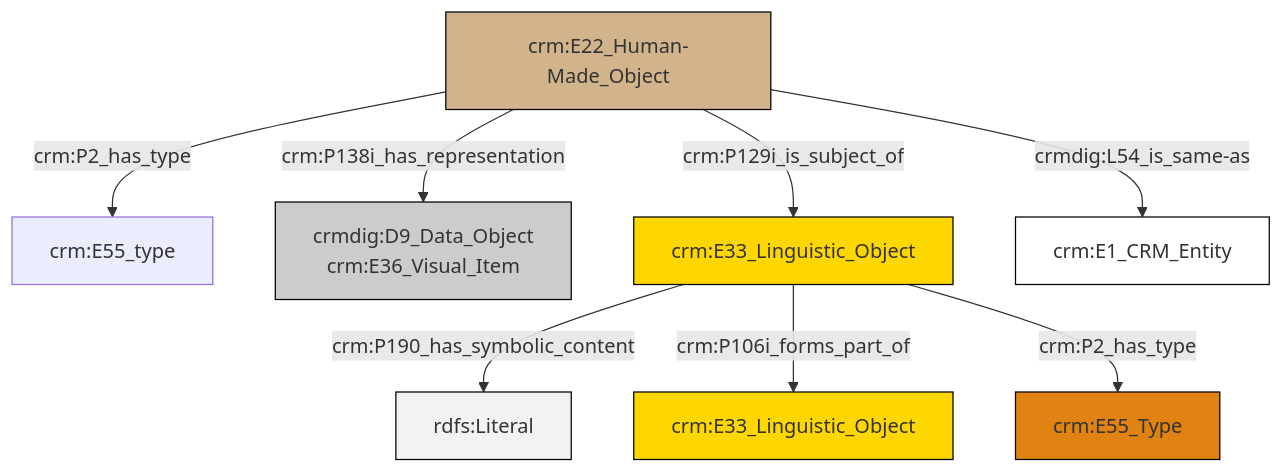
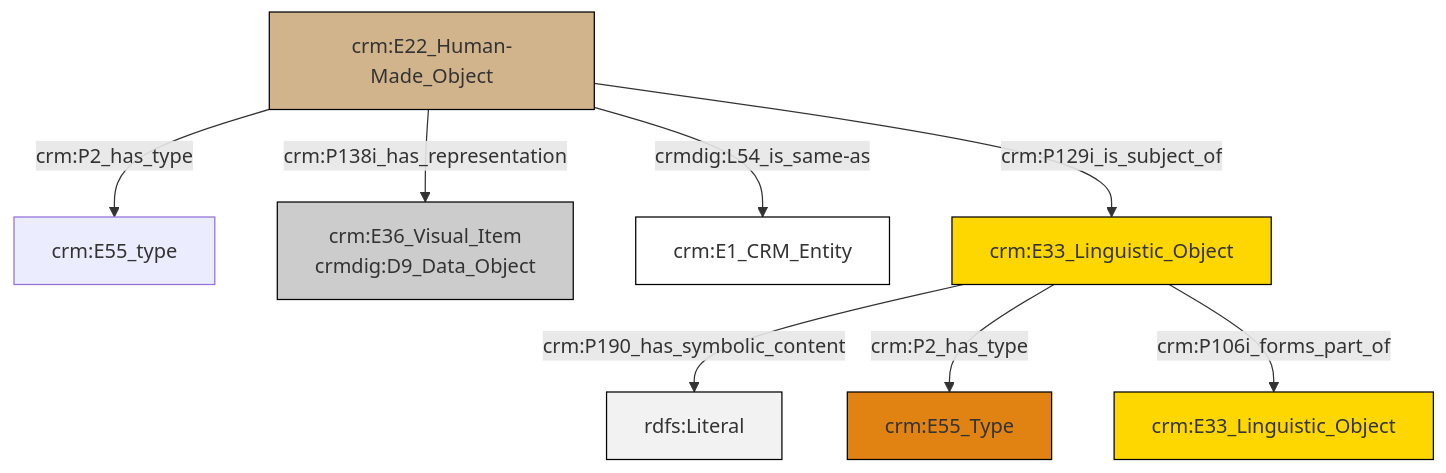
One commit to swiss-art-research-net/docs.swissartresearch changed the diagram in et/artworkCSV/ttl/mmd/Artwork_Documentation.ttl.mmd. Above: the diagram before and after it, drawn with Mermaid. The commit also changed 179 other files, not shown here.

```diff
--- a/et/artworkCSV/ttl/mmd/Artwork_Documentation.ttl.mmd
+++ b/et/artworkCSV/ttl/mmd/Artwork_Documentation.ttl.mmd
@@ -1,22 +1,22 @@
 graph TD
 classDef Literal fill:#f2f2f2,stroke:#000000;
 classDef CRM_Entity fill:#FFFFFF,stroke:#000000;
 classDef Temporal_Entity fill:#00C9E6, stroke:#000000;
 classDef Type fill:#E18312, stroke:#000000;
 classDef Time-Span fill:#2C9C91, stroke:#000000;
 classDef Appellation fill:#FFEB7F, stroke:#000000;
 classDef Place fill:#008836, stroke:#000000;
 classDef Persistent_Item fill:#B266B2, stroke:#000000;
 classDef Conceptual_Object fill:#FFD700, stroke:#000000;
 classDef Physical_Thing fill:#D2B48C, stroke:#000000;
 classDef Actor fill:#f58aad, stroke:#000000;
 classDef PC_Classes fill:#4ce600, stroke:#000000;
 classDef Multi fill:#cccccc,stroke:#000000;
 
 0["crm:E22_Human-Made_Object"]:::Physical_Thing -->|crm:P2_has_type| 1["crm:E55_type"]:::Default
-0["crm:E22_Human-Made_Object"]:::Physical_Thing -->|crm:P138i_has_representation| 2["crmdig:D9_Data_Object<br>crm:E36_Visual_Item"]:::Multi
-3["crm:E33_Linguistic_Object"]:::Conceptual_Object -->|crm:P190_has_symbolic_content| 4[rdfs:Literal]:::Literal
-3["crm:E33_Linguistic_Object"]:::Conceptual_Object -->|crm:P106i_forms_part_of| 5["crm:E33_Linguistic_Object"]:::Conceptual_Object
-0["crm:E22_Human-Made_Object"]:::Physical_Thing -->|crm:P129i_is_subject_of| 3["crm:E33_Linguistic_Object"]:::Conceptual_Object
-3["crm:E33_Linguistic_Object"]:::Conceptual_Object -->|crm:P2_has_type| 13["crm:E55_Type"]:::Type
-0["crm:E22_Human-Made_Object"]:::Physical_Thing -->|crmdig:L54_is_same-as| 8["crm:E1_CRM_Entity"]:::CRM_Entity
+0["crm:E22_Human-Made_Object"]:::Physical_Thing -->|crm:P138i_has_representation| 2["crm:E36_Visual_Item<br>crmdig:D9_Data_Object"]:::Multi
+0["crm:E22_Human-Made_Object"]:::Physical_Thing -->|crmdig:L54_is_same-as| 4["crm:E1_CRM_Entity"]:::CRM_Entity
+7["crm:E33_Linguistic_Object"]:::Conceptual_Object -->|crm:P190_has_symbolic_content| 12[rdfs:Literal]:::Literal
+7["crm:E33_Linguistic_Object"]:::Conceptual_Object -->|crm:P2_has_type| 9["crm:E55_Type"]:::Type
+7["crm:E33_Linguistic_Object"]:::Conceptual_Object -->|crm:P106i_forms_part_of| 13["crm:E33_Linguistic_Object"]:::Conceptual_Object
+0["crm:E22_Human-Made_Object"]:::Physical_Thing -->|crm:P129i_is_subject_of| 7["crm:E33_Linguistic_Object"]:::Conceptual_Object
```
